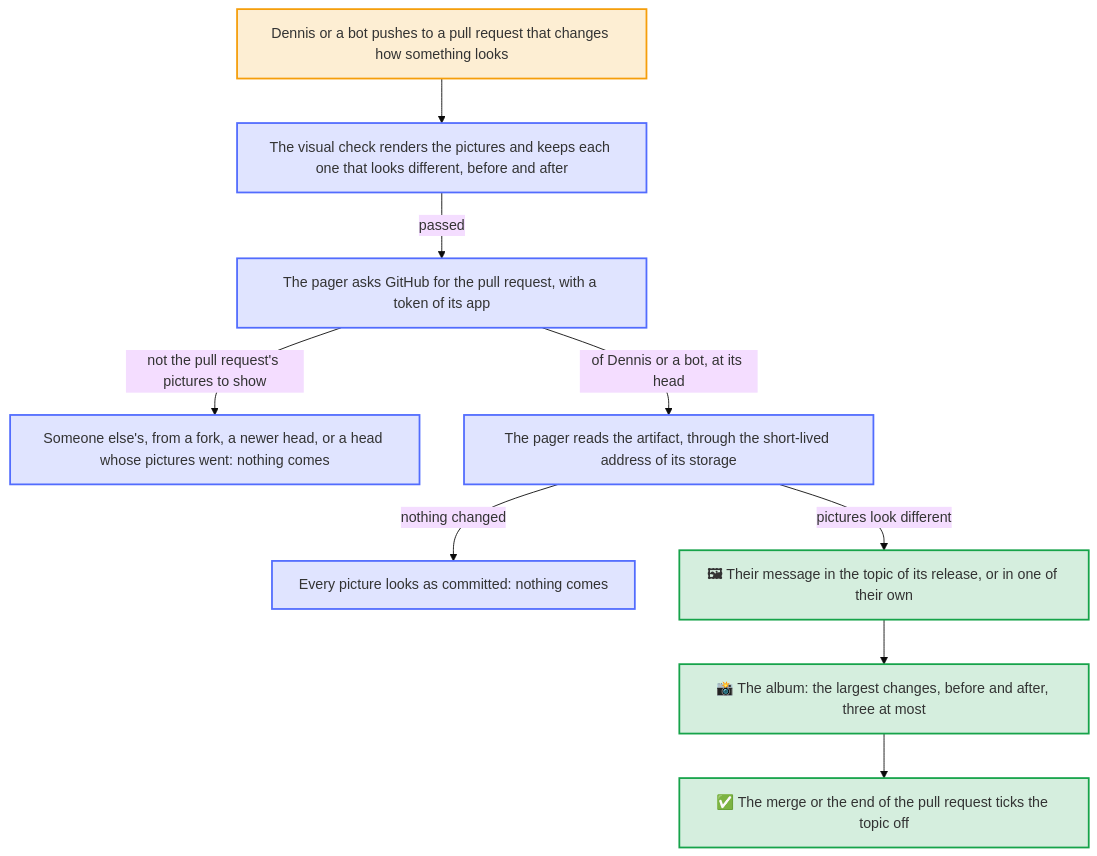
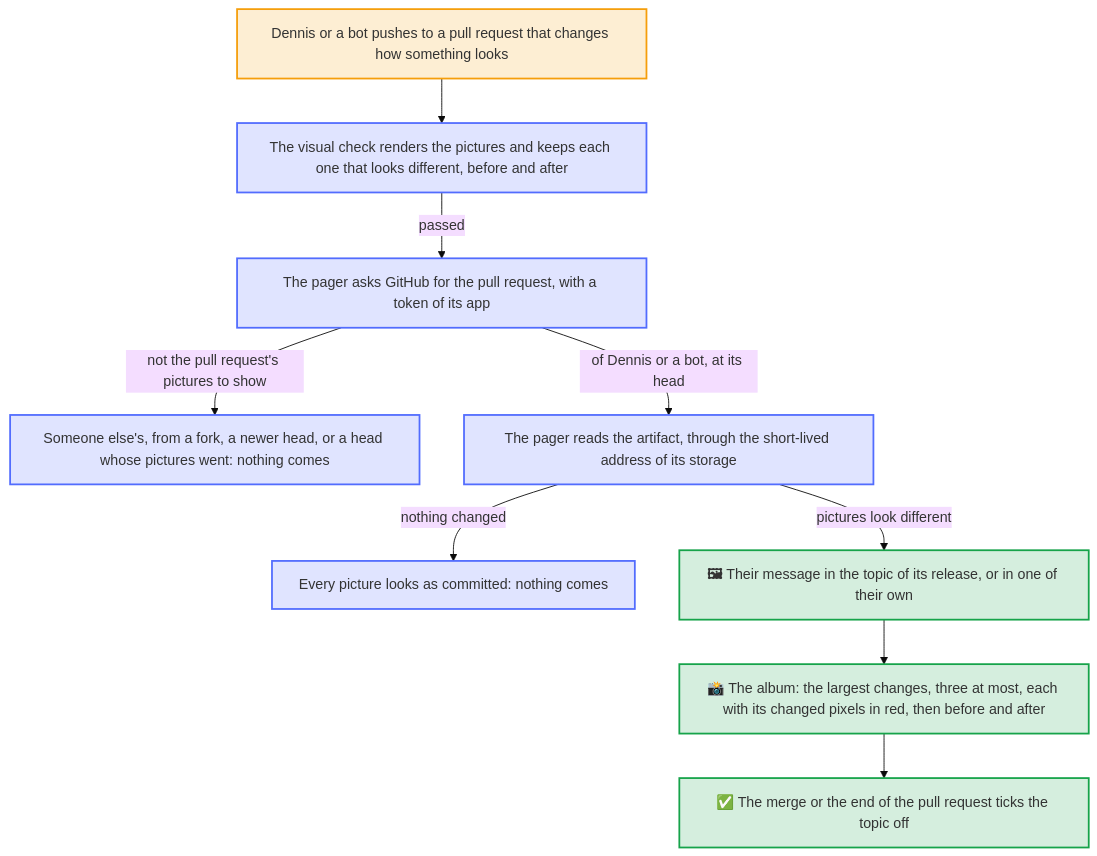
Before and after one commit to Dennis-Otto/dennis-otto-pager: the diagram in docs/diagrams/the-pictures-of-a-visual-change.mmd, drawn with Mermaid (base theme). The commit also changed 23 other files, not shown here.

First line of the commit message:
fix: the album of a visual change shows the changed pixels in red (#101)

```diff
--- a/docs/diagrams/the-pictures-of-a-visual-change.mmd
+++ b/docs/diagrams/the-pictures-of-a-visual-change.mmd
@@ -1,32 +1,32 @@
 ---
 config:
   flowchart:
     wrappingWidth: 400
 ---
 flowchart TB
     accTitle: The pictures of a visual change
-    accDescr: Dennis or a bot pushes to a pull request that changes how something looks, and its visual check renders the pictures again and keeps each one that looks different in an artifact, before and after. When the check passed, the pager asks GitHub for the pull request, with a token of its app. One of someone else, from a fork, or that moved on to a newer head ends there, and so does a head whose pictures went already. Otherwise the pager reads the artifact with the same token, through the short-lived address of its storage. When every picture looks as committed, nothing comes. When some look different, their message goes into the topic of its release, or of a thing of their own, and the album of the largest changes follows, before and after, at most three pictures. The merge or the end of the pull request ticks the topic off.
+    accDescr: Dennis or a bot pushes to a pull request that changes how something looks, and its visual check renders the pictures again and keeps each one that looks different in an artifact, before and after. When the check passed, the pager asks GitHub for the pull request, with a token of its app. One of someone else, from a fork, or that moved on to a newer head ends there, and so does a head whose pictures went already. Otherwise the pager reads the artifact with the same token, through the short-lived address of its storage. When every picture looks as committed, nothing comes. When some look different, their message goes into the topic of its release, or of a thing of their own, and the album of the largest changes follows, at most three pictures, each with its changed pixels in red when the check drew them, then before and after. The merge or the end of the pull request ticks the topic off.
 
     push["`Dennis or a bot pushes to a pull request that changes how something looks`"]
     check["`The visual check renders the pictures and keeps each one that looks different, before and after`"]
     ask["The pager asks GitHub for the pull request, with a token of its app"]
     stop["`Someone else's, from a fork, a newer head, or a head whose pictures went: nothing comes`"]
     read["`The pager reads the artifact, through the short-lived address of its storage`"]
     same["`Every picture looks as committed: nothing comes`"]
     topic["`**🖼** Their message in the topic of its release, or in one of their own`"]
-    album["`**📸** The album: the largest changes, before and after, three at most`"]
+    album["`**📸** The album: the largest changes, three at most, each with its changed pixels in red, then before and after`"]
     done["`**✅** The merge or the end of the pull request ticks the topic off`"]
 
     push --> check
     check -- "passed" --> ask
     ask -- "not the pull request's pictures to show" --> stop
     ask -- "of Dennis or a bot, at its head" --> read
     read -- "nothing changed" --> same
     read -- "pictures look different" --> topic --> album --> done
 
     classDef you fill:#f59e0b2e,stroke:#f59e0b,stroke-width:2px
     classDef bot fill:#526cfe2e,stroke:#526cfe,stroke-width:2px
     classDef done fill:#16a34a2e,stroke:#16a34a,stroke-width:2px
     class push you
     class check,ask,stop,read,same bot
     class topic,album,done done
```
